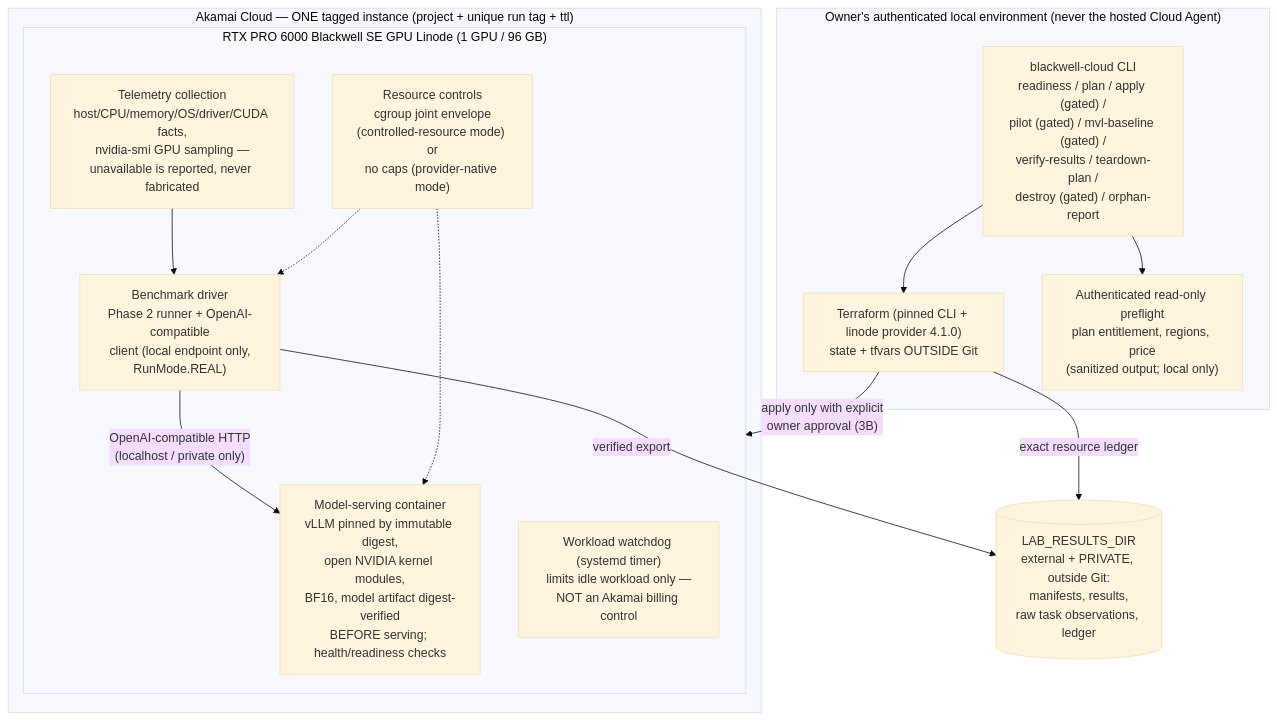
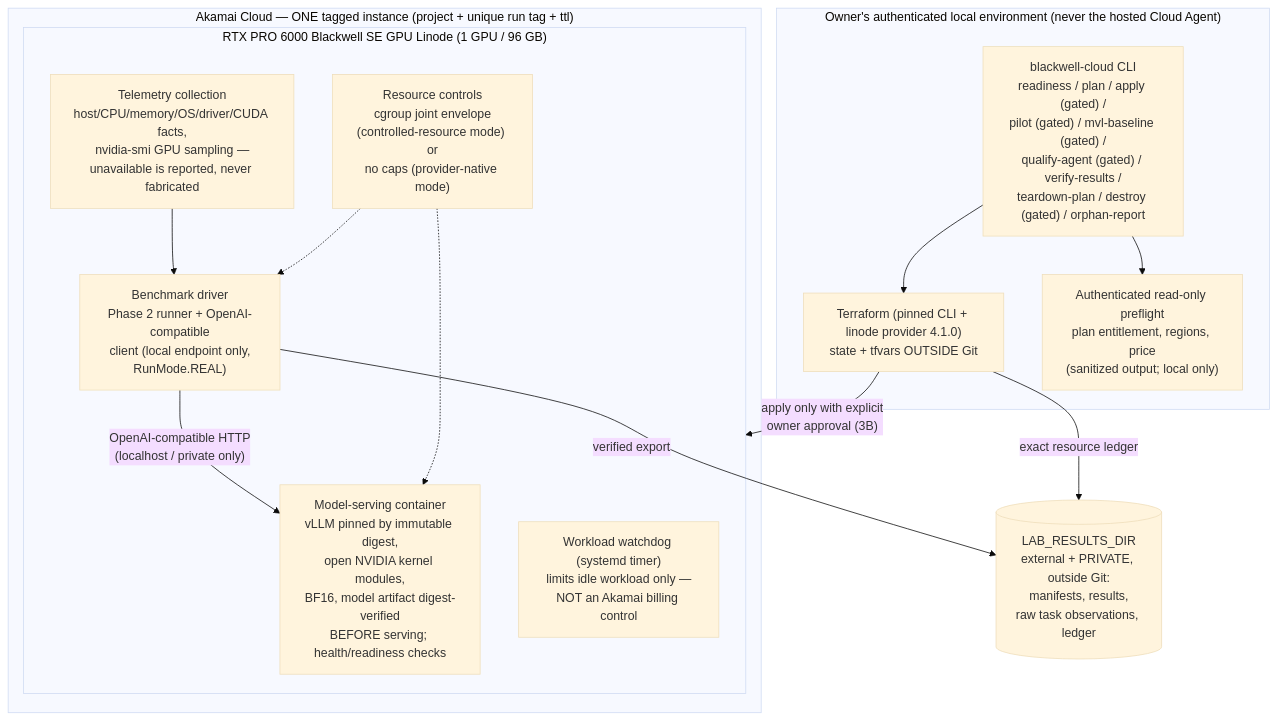
The third of 4 diagrams in docs/architecture.md (jgdynamite10/blackwell-agentic-inference-lab), drawn with Mermaid (base theme) before and after one commit. The commit also changed other lines of this file and 21 other files, not shown here.

````diff
--- a/docs/architecture.md
+++ b/docs/architecture.md
@@ -239,28 +241,28 @@
 ```mermaid
 flowchart TB
     subgraph operator["Owner's authenticated local environment (never the hosted Cloud Agent)"]
-        cli["blackwell-cloud CLI<br/>readiness / plan / apply (gated) /<br/>pilot (gated) / mvl-baseline (gated) /<br/>verify-results / teardown-plan /<br/>destroy (gated) / orphan-report"]
+        cli["blackwell-cloud CLI<br/>readiness / plan / apply (gated) /<br/>pilot (gated) / mvl-baseline (gated) /<br/>qualify-agent (gated) / verify-results /<br/>teardown-plan / destroy (gated) / orphan-report"]
         tf["Terraform (pinned CLI + linode provider 4.1.0)<br/>state + tfvars OUTSIDE Git"]
         preflight["Authenticated read-only preflight<br/>plan entitlement, regions, price<br/>(sanitized output; local only)"]
     end
     subgraph akamai["Akamai Cloud — ONE tagged instance (project + unique run tag + ttl)"]
         subgraph inst["RTX PRO 6000 Blackwell SE GPU Linode (1 GPU / 96 GB)"]
             serving["Model-serving container<br/>vLLM pinned by immutable digest,<br/>open NVIDIA kernel modules,<br/>BF16, model artifact digest-verified<br/>BEFORE serving; health/readiness checks"]
             driver["Benchmark driver<br/>Phase 2 runner + OpenAI-compatible<br/>client (local endpoint only,<br/>RunMode.REAL)"]
             telem["Telemetry collection<br/>host/CPU/memory/OS/driver/CUDA facts,<br/>nvidia-smi GPU sampling —<br/>unavailable is reported, never fabricated"]
             limits["Resource controls<br/>cgroup joint envelope<br/>(controlled-resource mode) or<br/>no caps (provider-native mode)"]
             watchdog["Workload watchdog (systemd timer)<br/>limits idle workload only —<br/>NOT an Akamai billing control"]
         end
     end
     external[("LAB_RESULTS_DIR<br/>external + PRIVATE, outside Git:<br/>manifests, results,<br/>raw task observations, ledger")]
 
     cli --> tf
     tf -- "apply only with explicit<br/>owner approval (3B)" --> inst
     cli --> preflight
     driver -- "OpenAI-compatible HTTP<br/>(localhost / private only)" --> serving
     telem --> driver
     limits -.-> serving
     limits -.-> driver
     driver -- "verified export" --> external
     tf -- "exact resource ledger" --> external
 ```
````
